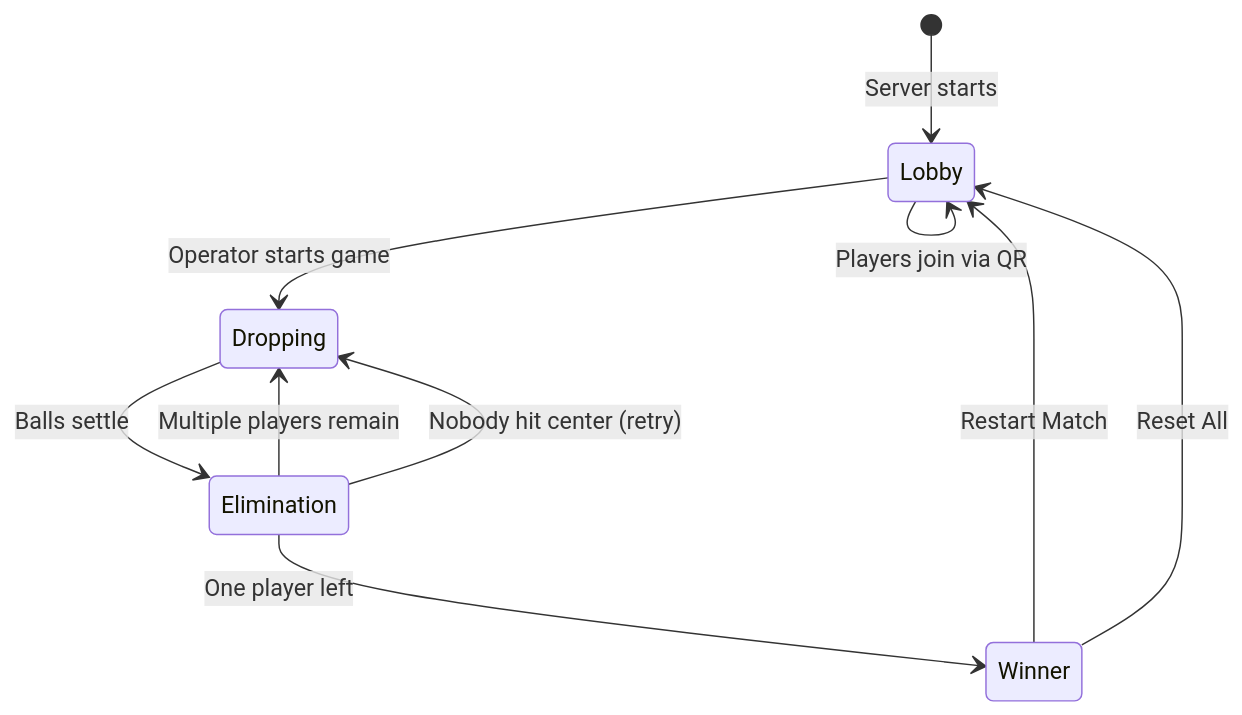
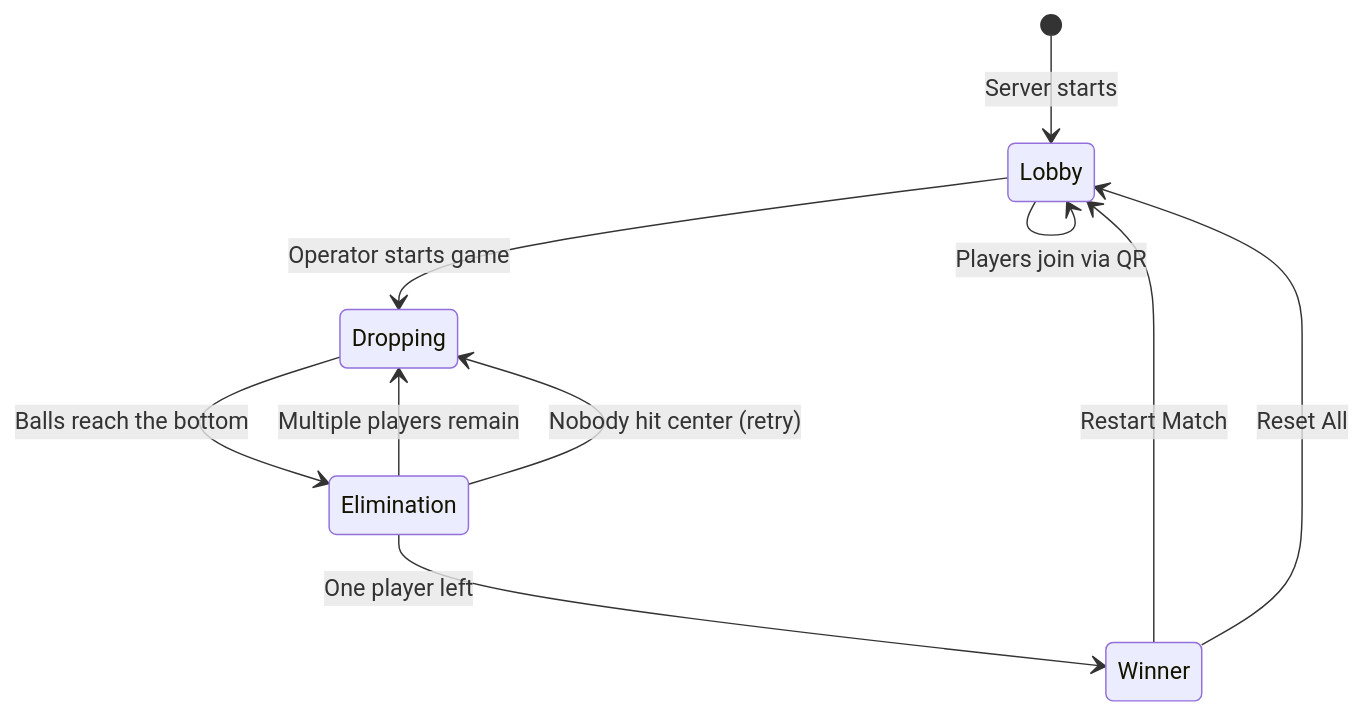
Before and after one commit to hanley-tech/luckydrop: the second of 2 diagrams in README.md, drawn with Mermaid. The commit also changed other lines of this file and 3 other files, not shown here.

Commit message:
Refresh README: neon screenshots, podium/winner-count flow, landing-based elimination

````diff
--- a/README.md
+++ b/README.md
@@ -79,14 +79,14 @@
 ```mermaid
 stateDiagram-v2
     [*] --> Lobby: Server starts
     Lobby --> Dropping: Operator starts game
-    Dropping --> Elimination: Balls settle
+    Dropping --> Elimination: Balls reach the bottom
 
     Elimination --> Dropping: Multiple players remain
     Elimination --> Dropping: Nobody hit center (retry)
     Elimination --> Winner: One player left
 
     Winner --> Lobby: Restart Match
     Winner --> Lobby: Reset All
     Lobby --> Lobby: Players join via QR
 ```
````
